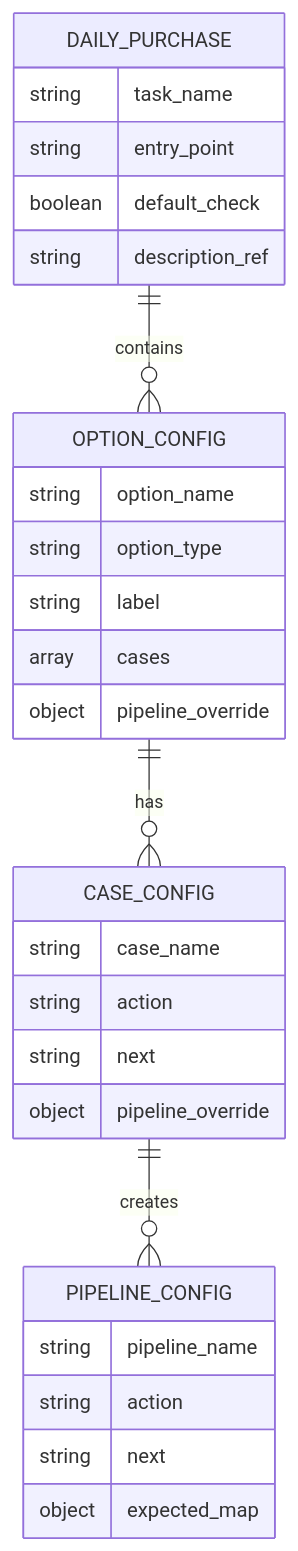
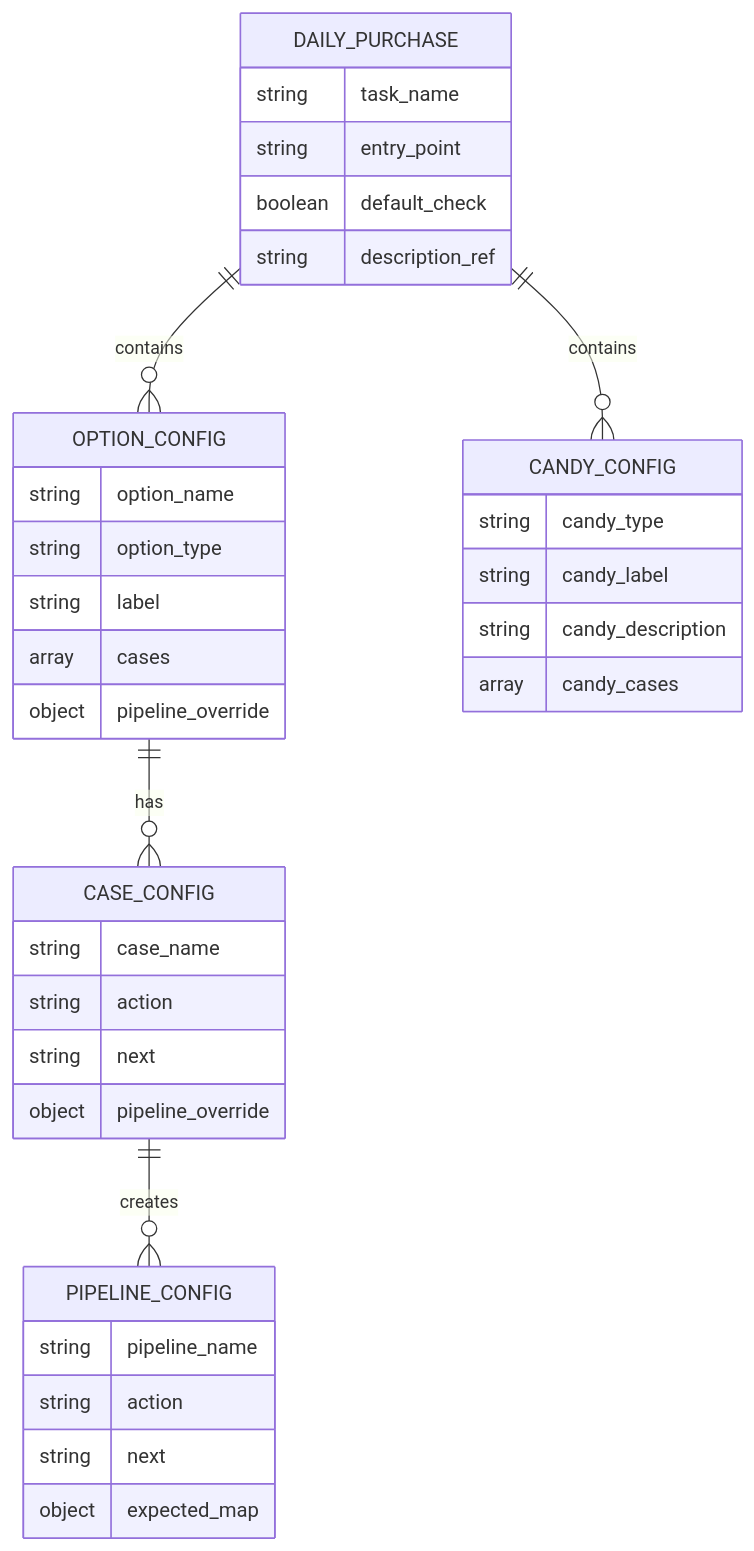
One commit to kqcoxn/MaaDuDuL changed the eighth of 9 diagrams in .qoder/repowiki/zh/content/Daily Purchase Functionality.md. Above: the diagram before and after it, drawn with Mermaid. The commit also changed other lines of this file and 9 other files, not shown here.

````diff
--- a/.qoder/repowiki/zh/content/Daily Purchase Functionality.md
+++ b/.qoder/repowiki/zh/content/Daily Purchase Functionality.md
@@ -327,31 +420,38 @@
 ```mermaid
 erDiagram
 DAILY_PURCHASE {
 string task_name
 string entry_point
 boolean default_check
 string description_ref
 }
 OPTION_CONFIG {
 string option_name
 string option_type
 string label
 array cases
 object pipeline_override
 }
 CASE_CONFIG {
 string case_name
 string action
 string next
 object pipeline_override
 }
+CANDY_CONFIG {
+string candy_type
+string candy_label
+string candy_description
+array candy_cases
+}
 PIPELINE_CONFIG {
 string pipeline_name
 string action
 string next
 object expected_map
 }
 DAILY_PURCHASE ||--o{ OPTION_CONFIG : contains
 OPTION_CONFIG ||--o{ CASE_CONFIG : has
 CASE_CONFIG ||--o{ PIPELINE_CONFIG : creates
+DAILY_PURCHASE ||--o{ CANDY_CONFIG : contains
 ```
````
